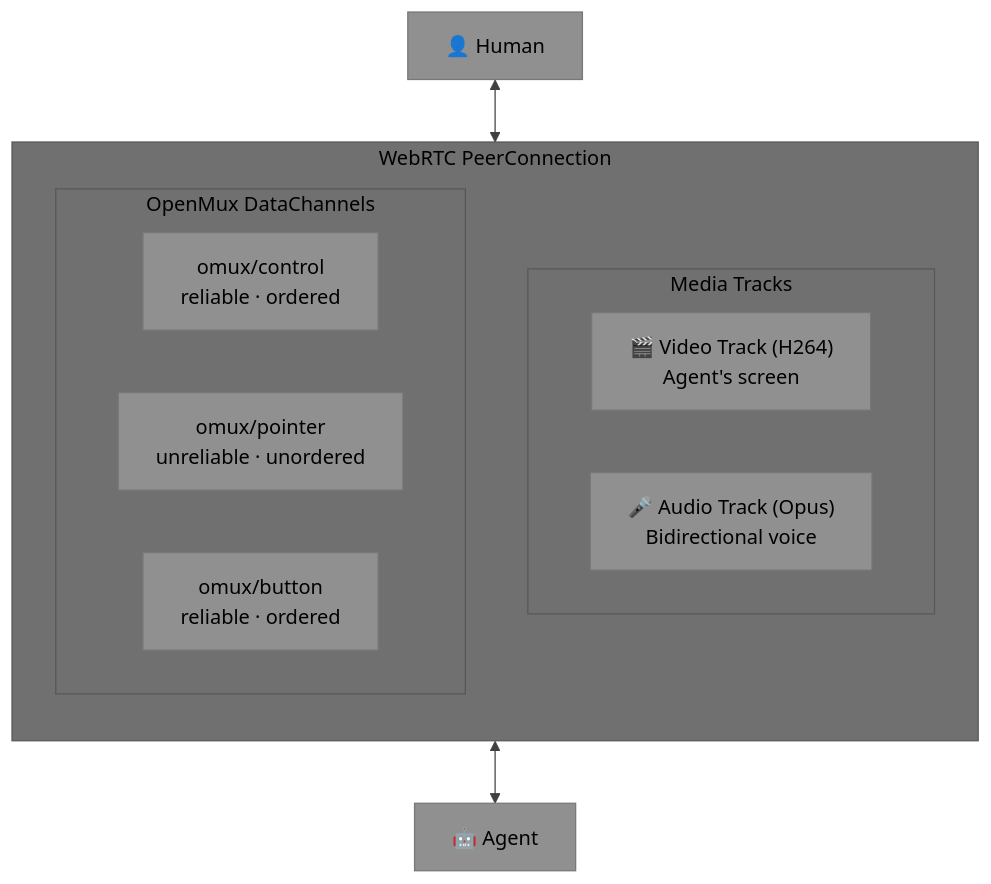
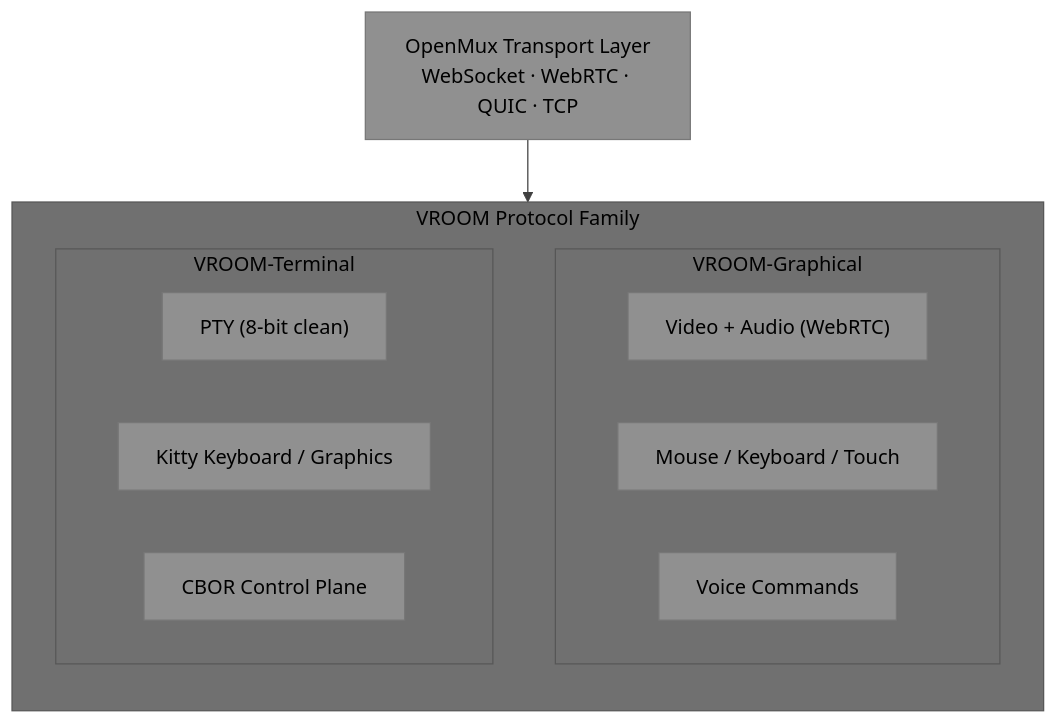
One commit to deftai/vroom changed the diagram in README.md. Above: the diagram before and after it, drawn with Mermaid. The commit also changed other lines of this file and 2 other files, not shown here.

First line of the commit message:
refactor: split VROOM spec into VROOM-Graphical and VROOM-Terminal

````diff
--- a/README.md
+++ b/README.md
@@ -17,21 +22,18 @@
 ```mermaid
 %%{init: {'theme': 'base', 'themeVariables': {'primaryTextColor': '#000000', 'secondaryTextColor': '#000000', 'tertiaryTextColor': '#000000', 'noteTextColor': '#000000', 'primaryColor': '#909090', 'secondaryColor': '#808080', 'tertiaryColor': '#707070', 'lineColor': '#404040'}}}%%
 graph TB
-    subgraph PC["WebRTC PeerConnection"]
+    subgraph VROOM["VROOM Protocol Family"]
         direction TB
-
-        subgraph Media["Media Tracks"]
-            V["🎬 Video Track (H264)<br/>Agent's screen"]
-            AU["🎤 Audio Track (Opus)<br/>Bidirectional voice"]
+        subgraph G["VROOM-Graphical"]
+            G1["Video + Audio (WebRTC)"]
+            G2["Mouse / Keyboard / Touch"]
+            G3["Voice Commands"]
         end
-
-        subgraph Data["OpenMux DataChannels"]
-            DC1["omux/control<br/>reliable · ordered"]
-            DC2["omux/pointer<br/>unreliable · unordered"]
-            DC3["omux/button<br/>reliable · ordered"]
+        subgraph T["VROOM-Terminal"]
+            T1["PTY (8-bit clean)"]
+            T2["Kitty Keyboard / Graphics"]
+            T3["CBOR Control Plane"]
         end
     end
-
-    H["👤 Human"] <--> PC
-    PC <--> A["🤖 Agent"]
+    OM["OpenMux Transport Layer<br/>WebSocket · WebRTC · QUIC · TCP"] --> VROOM
 ```
````
